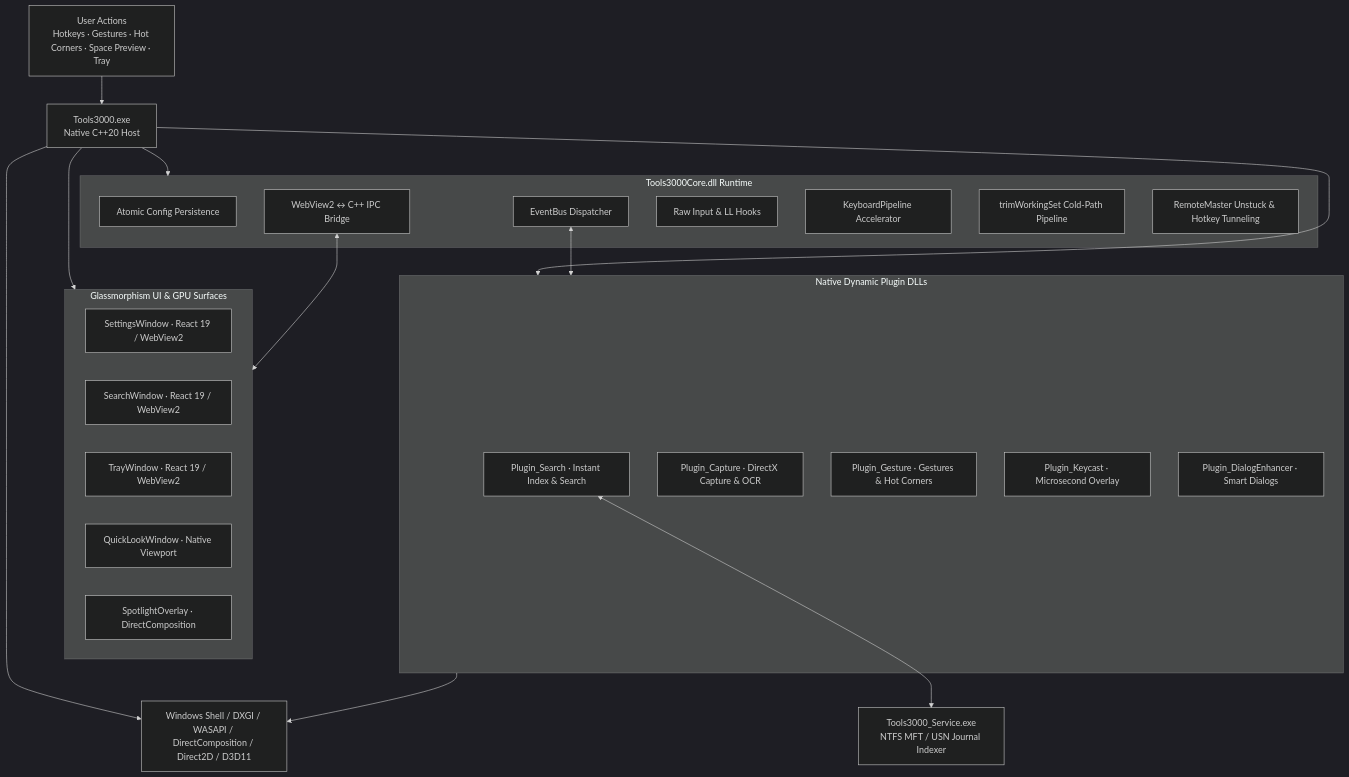
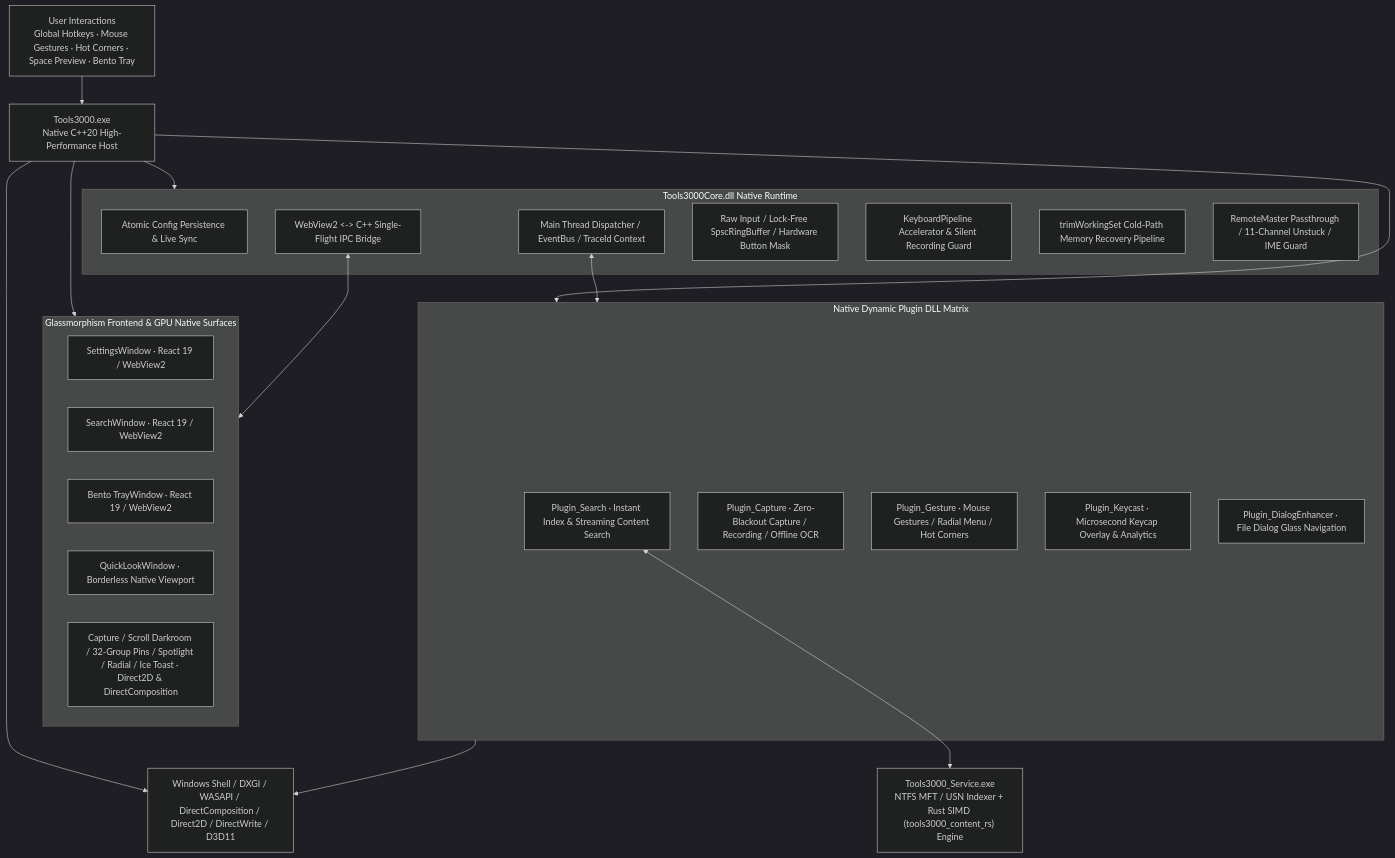
One commit to yuan278501381/Tools3000 changed the diagram in README.en.md. Above: the diagram before and after it, drawn with Mermaid (dark theme). The commit also changed other lines of this file and 25 other files, not shown here.

First line of the commit message:
完成搜索引擎深度优化、原生真实文件图标提取及 v1.0.0 正式版双语文档定稿

````diff
--- a/README.en.md
+++ b/README.en.md
@@ -169,39 +187,39 @@
 ```mermaid
 flowchart TB
-    User[User Actions<br/>Hotkeys · Gestures · Hot Corners · Space Preview · Tray] --> Host[Tools3000.exe<br/>Native C++20 Host]
+    User["User Interactions<br/>Global Hotkeys · Mouse Gestures · Hot Corners · Space Preview · Bento Tray"] --> Host["Tools3000.exe<br/>Native C++20 High-Performance Host"]
 
-    subgraph Core[Tools3000Core.dll Runtime]
-        Config[Atomic Config Persistence]
-        Dispatch[EventBus Dispatcher]
-        Bridge[WebView2 ↔ C++ IPC Bridge]
-        Input[Raw Input & LL Hooks]
-        Pipeline[KeyboardPipeline Accelerator]
-        Trim[trimWorkingSet Cold-Path Pipeline]
-        Remote[RemoteMaster Unstuck & Hotkey Tunneling]
+    subgraph Core["Tools3000Core.dll Native Runtime"]
+        Config["Atomic Config Persistence & Live Sync"]
+        Dispatch["Main Thread Dispatcher / EventBus / TraceId Context"]
+        Bridge["WebView2 <-> C++ Single-Flight IPC Bridge"]
+        Input["Raw Input / Lock-Free SpscRingBuffer / Hardware Button Mask"]
+        Pipeline["KeyboardPipeline Accelerator & Silent Recording Guard"]
+        Trim["trimWorkingSet Cold-Path Memory Recovery Pipeline"]
+        Remote["RemoteMaster Passthrough / 11-Channel Unstuck / IME Guard"]
     end
 
-    subgraph UI[Glassmorphism UI & GPU Surfaces]
-        Settings[SettingsWindow · React 19 / WebView2]
-        SearchUI[SearchWindow · React 19 / WebView2]
-        Tray[TrayWindow · React 19 / WebView2]
-        QuickLook[QuickLookWindow · Native Viewport]
-        Spotlight[SpotlightOverlay · DirectComposition]
+    subgraph UI["Glassmorphism Frontend & GPU Native Surfaces"]
+        Settings["SettingsWindow · React 19 / WebView2"]
+        SearchUI["SearchWindow · React 19 / WebView2"]
+        Tray["Bento TrayWindow · React 19 / WebView2"]
+        QuickLook["QuickLookWindow · Borderless Native Viewport"]
+        Overlays["Capture / Scroll Darkroom / 32-Group Pins / Spotlight / Radial / Ice Toast · Direct2D & DirectComposition"]
     end
 
-    subgraph Plugins[Native Dynamic Plugin DLLs]
-        Search[Plugin_Search · Instant Index & Search]
-        Capture[Plugin_Capture · DirectX Capture & OCR]
-        Gesture[Plugin_Gesture · Gestures & Hot Corners]
-        Keycast[Plugin_Keycast · Microsecond Overlay]
-        Dialog[Plugin_DialogEnhancer · Smart Dialogs]
+    subgraph Plugins["Native Dynamic Plugin DLL Matrix"]
+        Search["Plugin_Search · Instant Index & Streaming Content Search"]
+        Capture["Plugin_Capture · Zero-Blackout Capture / Recording / Offline OCR"]
+        Gesture["Plugin_Gesture · Mouse Gestures / Radial Menu / Hot Corners"]
+        Keycast["Plugin_Keycast · Microsecond Keycap Overlay & Analytics"]
+        Dialog["Plugin_DialogEnhancer · File Dialog Glass Navigation"]
     end
 
     Host --> Core
     Host --> UI
     Host --> Plugins
     Bridge <--> UI
     Dispatch <--> Plugins
-    Search <--> Service[Tools3000_Service.exe<br/>NTFS MFT / USN Journal Indexer]
-    Host --> WinAPI[Windows Shell / DXGI / WASAPI / DirectComposition / Direct2D / D3D11]
+    Search <--> Service["Tools3000_Service.exe<br/>NTFS MFT / USN Indexer + Rust SIMD (tools3000_content_rs) Engine"]
+    Host --> WinAPI["Windows Shell / DXGI / WASAPI / DirectComposition / Direct2D / DirectWrite / D3D11"]
     Plugins --> WinAPI
 ```
````
